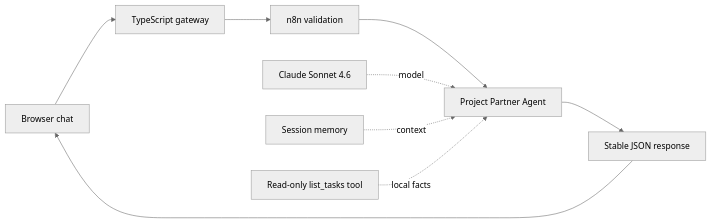
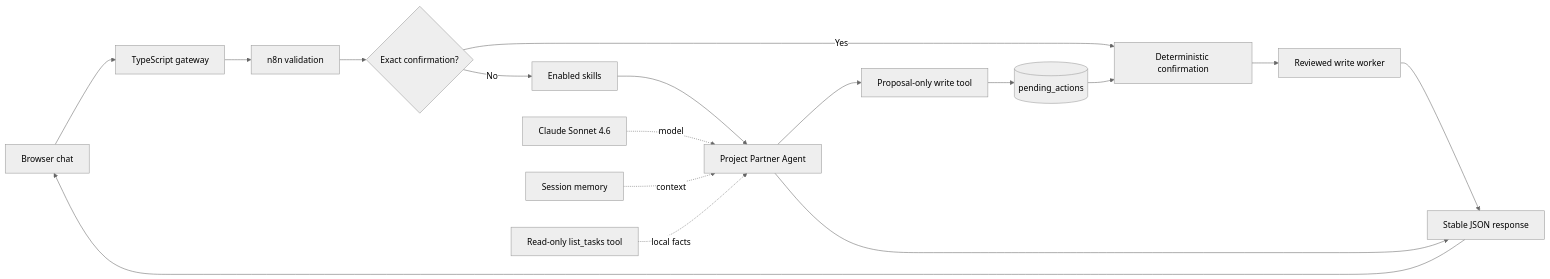
One commit to WinnieN1821/My-AI-Agent changed the diagram in docs/N8N_AGENT_SETUP.md. Above: the diagram before and after it, drawn with Mermaid (neutral theme). The commit also changed other lines of this file and 45 other files, not shown here.

Commit message:
Implement Phase 5 skills and safe confirmation

````diff
--- a/docs/N8N_AGENT_SETUP.md
+++ b/docs/N8N_AGENT_SETUP.md
@@ -145,11 +166,19 @@
 ```mermaid
 flowchart LR
     Browser["Browser chat"] --> Gateway["TypeScript gateway"]
     Gateway --> Validate["n8n validation"]
-    Validate --> Agent["Project Partner Agent"]
+    Validate --> Route{"Exact confirmation?"}
+    Route -- No --> Skills["Enabled skills"]
+    Skills --> Agent["Project Partner Agent"]
     Model["Claude Sonnet 4.6"] -. model .-> Agent
     Memory["Session memory"] -. context .-> Agent
     Tasks["Read-only list_tasks tool"] -. local facts .-> Agent
+    Agent --> Proposal["Proposal-only write tool"]
+    Proposal --> Pending[("pending_actions")]
+    Route -- Yes --> Confirm["Deterministic confirmation"]
+    Pending --> Confirm
+    Confirm --> Write["Reviewed write worker"]
+    Write --> Response
     Agent --> Response["Stable JSON response"]
     Response --> Browser
 ```
````
